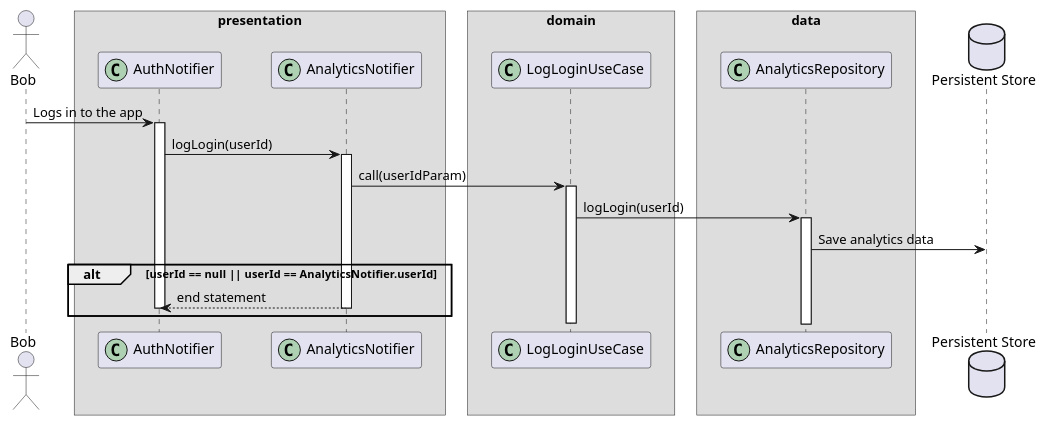
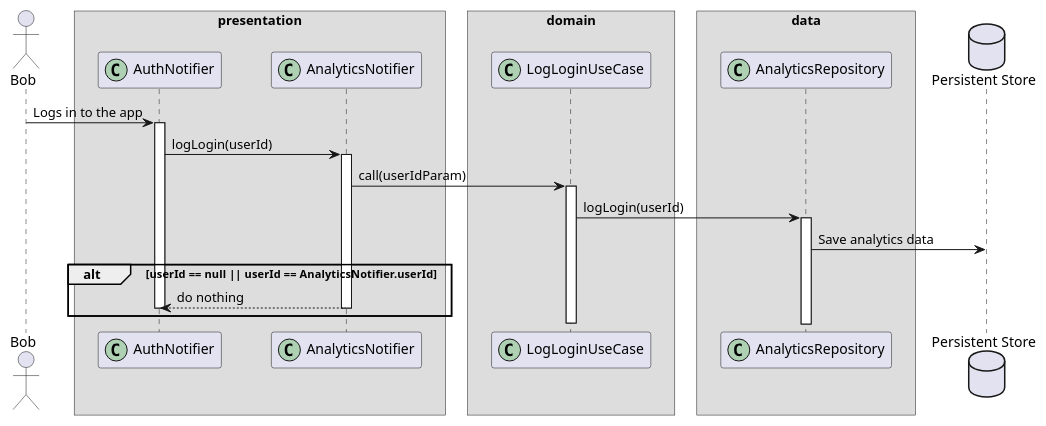
One commit to Flank/flank-dashboard changed the diagram in metrics/web/docs/features/firebase_analytics/diagrams/firebase_analytics_log_login_sequence.puml. Above: the diagram before and after it, drawn with PlantUML. The commit also changed 2 other files, not shown here.

Commit message:
Add the PageName class description. Add an Enum interface to the diagram.

```diff
--- a/metrics/web/docs/features/firebase_analytics/diagrams/firebase_analytics_log_login_sequence.puml
+++ b/metrics/web/docs/features/firebase_analytics/diagrams/firebase_analytics_log_login_sequence.puml
@@ -1,44 +1,44 @@
 @startuml web_layers_sequence_diagram
     skinparam ParticipantPadding 20
     skinparam BoxPadding 10
 
     actor Bob
 
     box "presentation"
         participant AuthNotifier << (C,#ADD1B2) >>
         participant AnalyticsNotifier << (C,#ADD1B2) >>
     end box
 
     box "domain"
         participant LogLoginUseCase << (C,#ADD1B2) >>
     end box
 
     box "data"
         participant AnalyticsRepository << (C,#ADD1B2) >>
     end box
 
     database "Persistent Store" as PS
 
     Bob -> AuthNotifier : Logs in to the app
     activate AuthNotifier
 
     AuthNotifier -> AnalyticsNotifier : logLogin(userId)
     activate AnalyticsNotifier
 
     AnalyticsNotifier -> LogLoginUseCase : call(userIdParam)
     activate LogLoginUseCase
 
     LogLoginUseCase -> AnalyticsRepository : logLogin(userId)
     activate AnalyticsRepository
 
     AnalyticsRepository -> PS : Save analytics data
 
         alt userId == null  ||  userId == AnalyticsNotifier.userId
-            AuthNotifier <-- AnalyticsNotifier :  end statement
+            AuthNotifier <-- AnalyticsNotifier :  do nothing
                 deactivate AnalyticsNotifier
                 deactivate AuthNotifier
         end
 
     deactivate LogLoginUseCase
     deactivate AnalyticsNotifier
 @enduml
```
